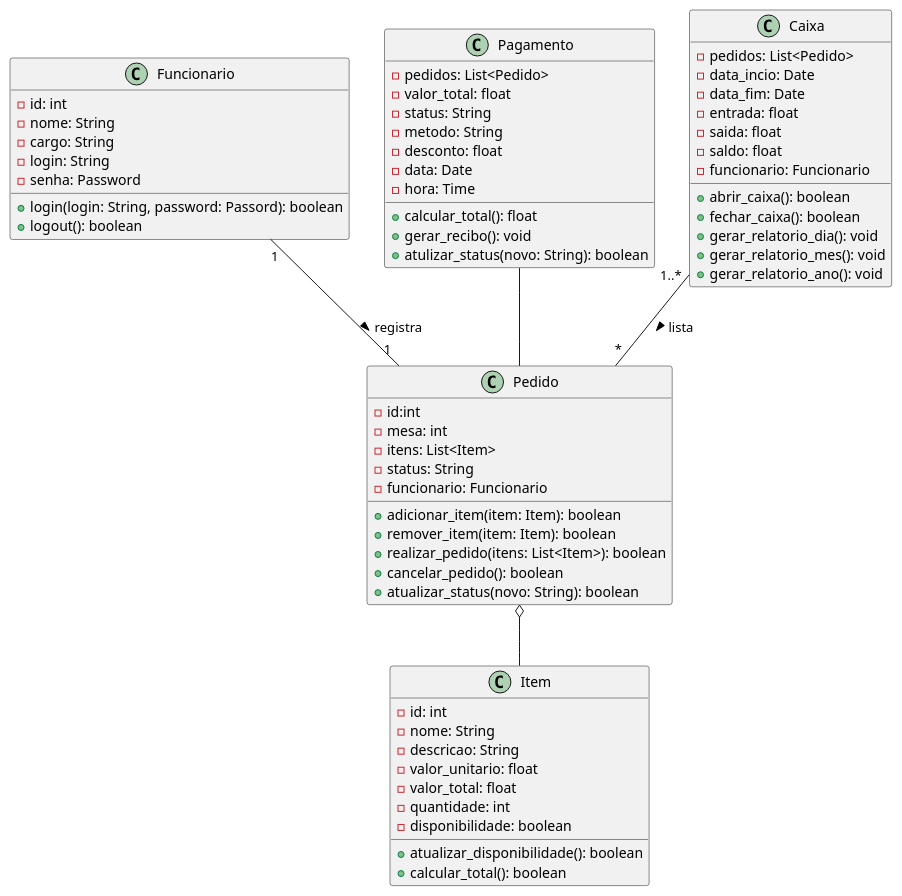
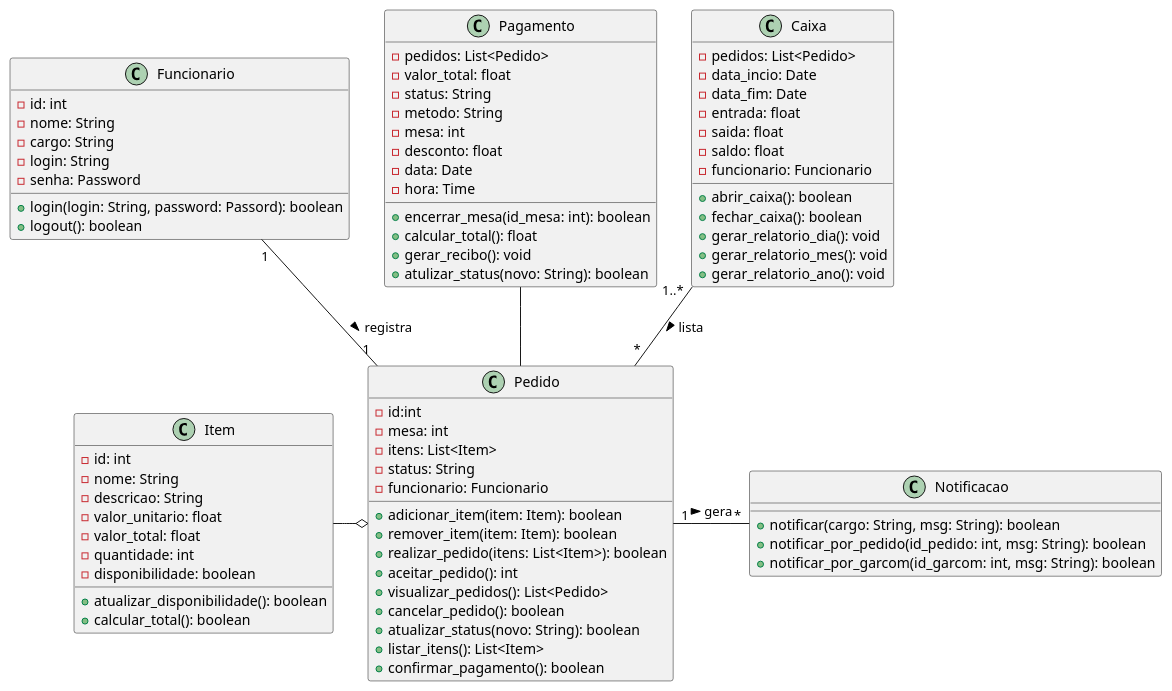
The diagram in restaurante/diagrama_classes01.iuml (FerdinandChagas/uml_examples), drawn with PlantUML before and after one commit. The commit also changed 5 other files, not shown here.

Commit message:
restaurante - diagrama de sequencia 02

```diff
--- a/restaurante/diagrama_classes01.iuml
+++ b/restaurante/diagrama_classes01.iuml
@@ -1,73 +1,86 @@
 @startuml
 
 
 class "Funcionario"{
     -id: int
     -nome: String
     -cargo: String
     -login: String
     -senha: Password
     +login(login: String, password: Passord): boolean
     +logout(): boolean
 }
 
 
 class "Pedido"{
     -id:int
     -mesa: int
     -itens: List<Item>
     -status: String
     -funcionario: Funcionario
     +adicionar_item(item: Item): boolean
     +remover_item(item: Item): boolean
     +realizar_pedido(itens: List<Item>): boolean
+    +aceitar_pedido(): int
+    +visualizar_pedidos(): List<Pedido>
     +cancelar_pedido(): boolean
     +atualizar_status(novo: String): boolean
+    +listar_itens(): List<Item>
+    +confirmar_pagamento(): boolean
 }
 
 class Item{
     -id: int
     -nome: String
     -descricao: String
     -valor_unitario: float
     -valor_total: float
     -quantidade: int
     -disponibilidade: boolean
     +atualizar_disponibilidade(): boolean
     +calcular_total(): boolean
 }
 
 class "Pagamento"{
     -pedidos: List<Pedido>
     -valor_total: float
     -status: String
     -metodo: String
+    -mesa: int
     -desconto: float
     -data: Date
     -hora: Time
+    +encerrar_mesa(id_mesa: int): boolean
     +calcular_total(): float
     +gerar_recibo(): void
     +atulizar_status(novo: String): boolean
 }
 
 class "Caixa"{
     -pedidos: List<Pedido>
     -data_incio: Date
     -data_fim: Date
     -entrada: float
     -saida: float
     -saldo: float
     -funcionario: Funcionario
     +abrir_caixa(): boolean
     +fechar_caixa(): boolean
     +gerar_relatorio_dia(): void
     +gerar_relatorio_mes(): void
     +gerar_relatorio_ano(): void
 }
 
+class Notificacao{
+    +notificar(cargo: String, msg: String): boolean
+    +notificar_por_pedido(id_pedido: int, msg: String): boolean
+    +notificar_por_garcom(id_garcom: int, msg: String): boolean
+}
+
 Funcionario "1"--"1" Pedido: registra >
-Pedido o-- Item
+Pedido o-left- Item
 Caixa "1..*"--"*" Pedido: lista >
+Pedido "1"-right-"*" Notificacao: gera >
 Pagamento -- Pedido
 
 @enduml
```
